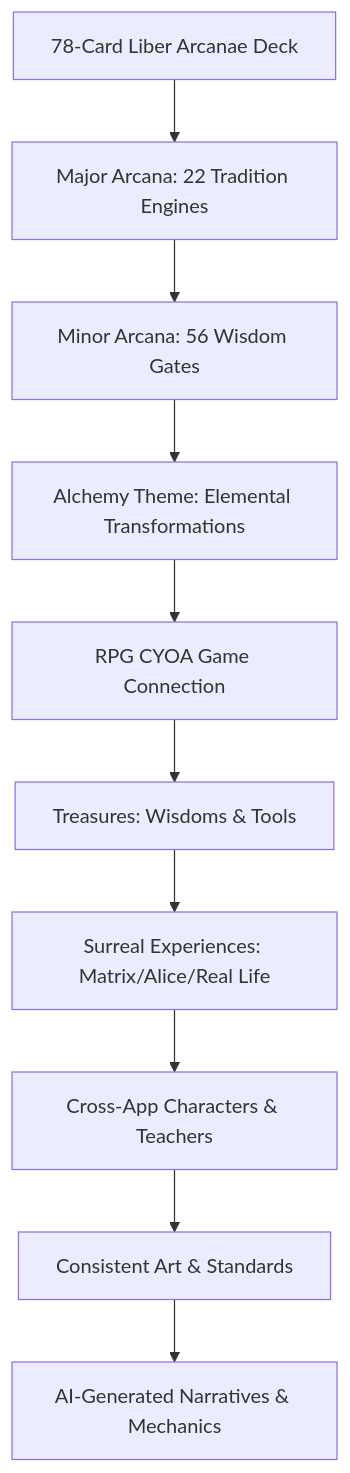
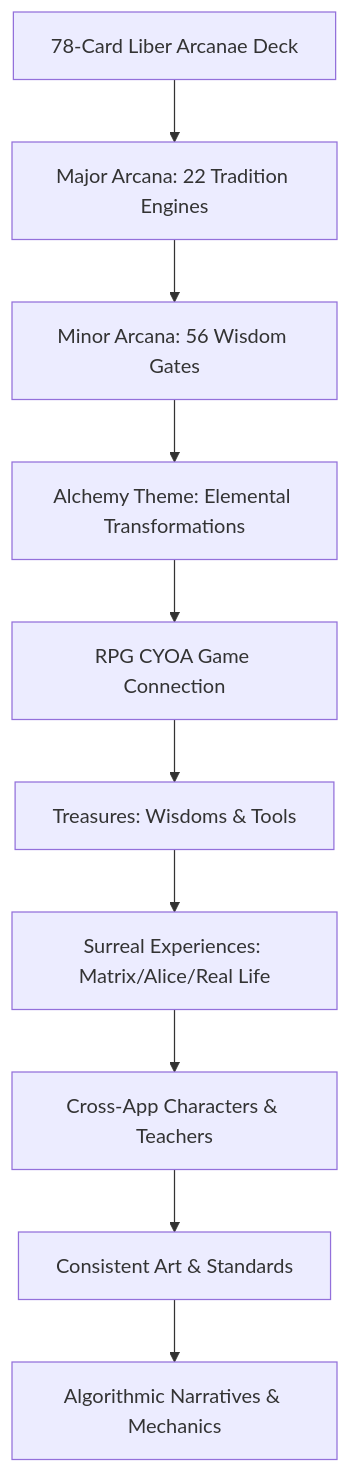
Before and after one commit to Bekalah/cathedral: the second of 2 diagrams in CATHEDRAL_DEPLOYMENT_GUIDE.md, drawn with Mermaid. The commit also changed other lines of this file and 27 other files, not shown here.

````diff
--- a/CATHEDRAL_DEPLOYMENT_GUIDE.md
+++ b/CATHEDRAL_DEPLOYMENT_GUIDE.md
@@ -461,12 +461,12 @@
 ```mermaid
 graph TD
     A[78-Card Liber Arcanae Deck] --> B[Major Arcana: 22 Tradition Engines]
     B --> C[Minor Arcana: 56 Wisdom Gates]
     C --> D[Alchemy Theme: Elemental Transformations]
     D --> E[RPG CYOA Game Connection]
     E --> F[Treasures: Wisdoms & Tools]
     F --> G[Surreal Experiences: Matrix/Alice/Real Life]
     G --> H[Cross-App Characters & Teachers]
     H --> I[Consistent Art & Standards]
-    I --> J[AI-Generated Narratives & Mechanics]
+    I --> J[Algorithmic Narratives & Mechanics]
 ```
````
